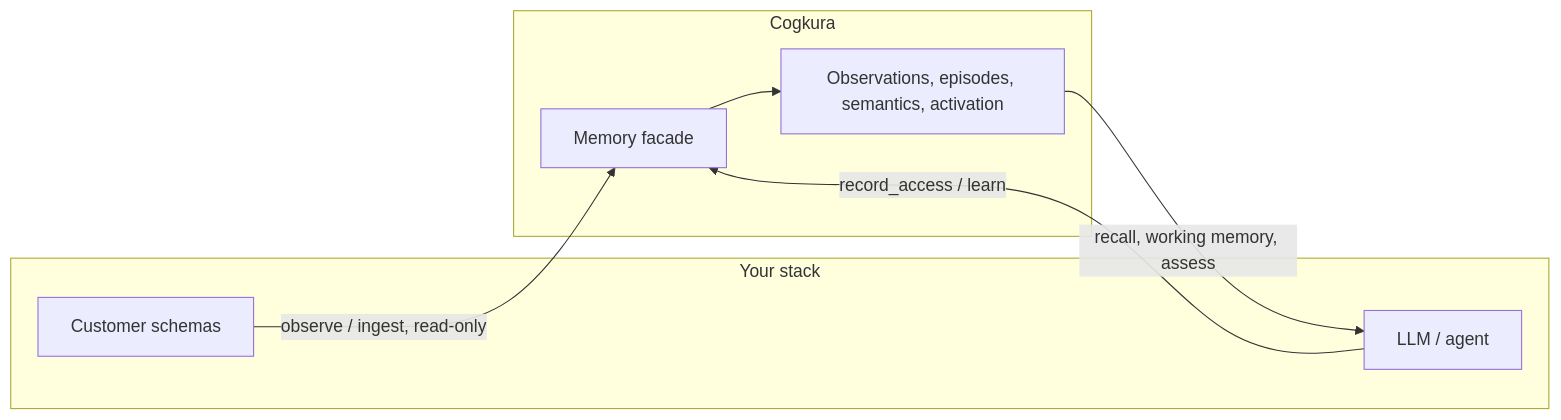
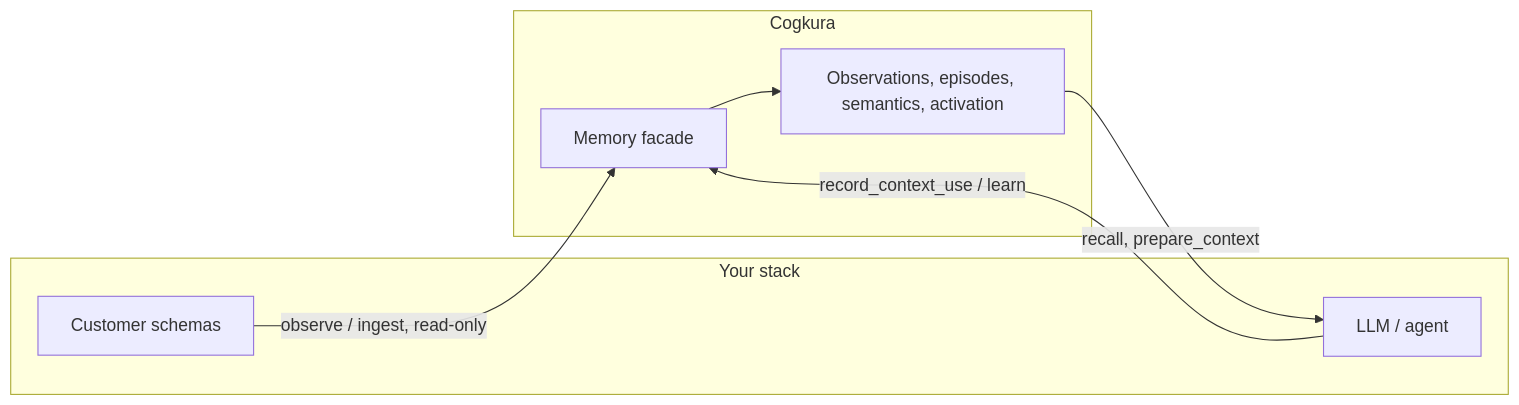
The first of 5 diagrams in README.md (cogkura/cogkura), drawn with Mermaid before and after one commit. The commit also changed other lines of this file and 14 other files, not shown here.

Commit message:
Ship 0.15.0 application integration and memory context.

````diff
--- a/README.md
+++ b/README.md
@@ -37,17 +37,17 @@
 ```mermaid
 flowchart LR
   subgraph yours [Your stack]
     Src[Customer schemas]
     Agent[LLM / agent]
   end
 
   subgraph ck [Cogkura]
     Facade["Memory facade"]
     Owned["Observations, episodes, semantics, activation"]
   end
 
   Src -->|"observe / ingest, read-only"| Facade
   Facade --> Owned
-  Owned -->|"recall, working memory, assess"| Agent
-  Agent -->|"record_access / learn"| Facade
+  Owned -->|"recall, prepare_context"| Agent
+  Agent -->|"record_context_use / learn"| Facade
 ```
````
